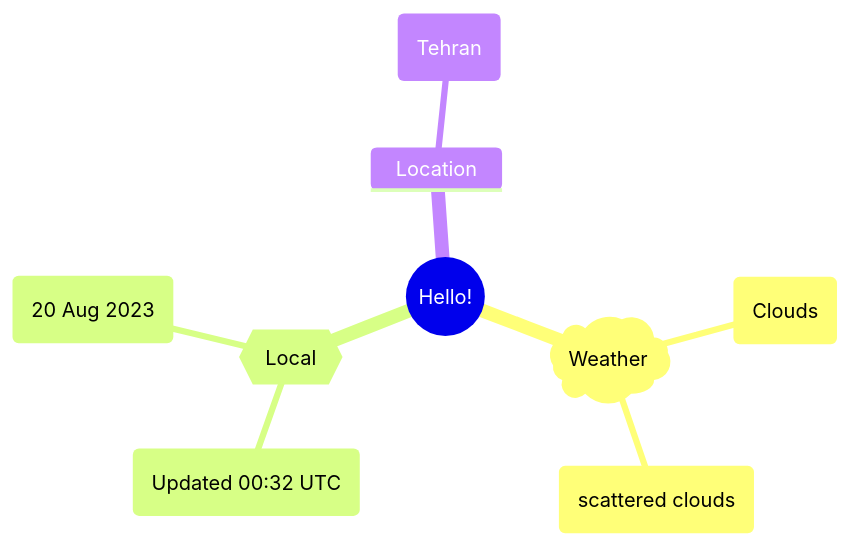
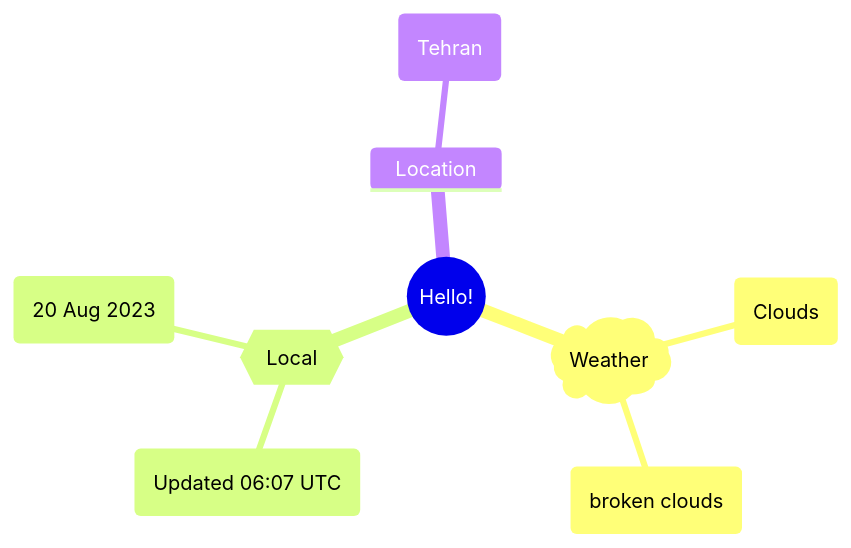
The first of 2 diagrams in README.md (Xosrov/Xosrov), drawn with Mermaid before and after one commit.

Commit message:
[bot] updated images

````diff
--- a/README.md
+++ b/README.md
@@ -3,12 +3,12 @@
 ```mermaid
 mindmap
   root((Hello!))
     )Weather(
         (Clouds)
-        (scattered clouds)
+        (broken clouds)
     {{Local}}
-        (Updated 00:32 UTC)
+        (Updated 06:07 UTC)
         (20 Aug 2023)
     Location
         (Tehran)
 ```
````
